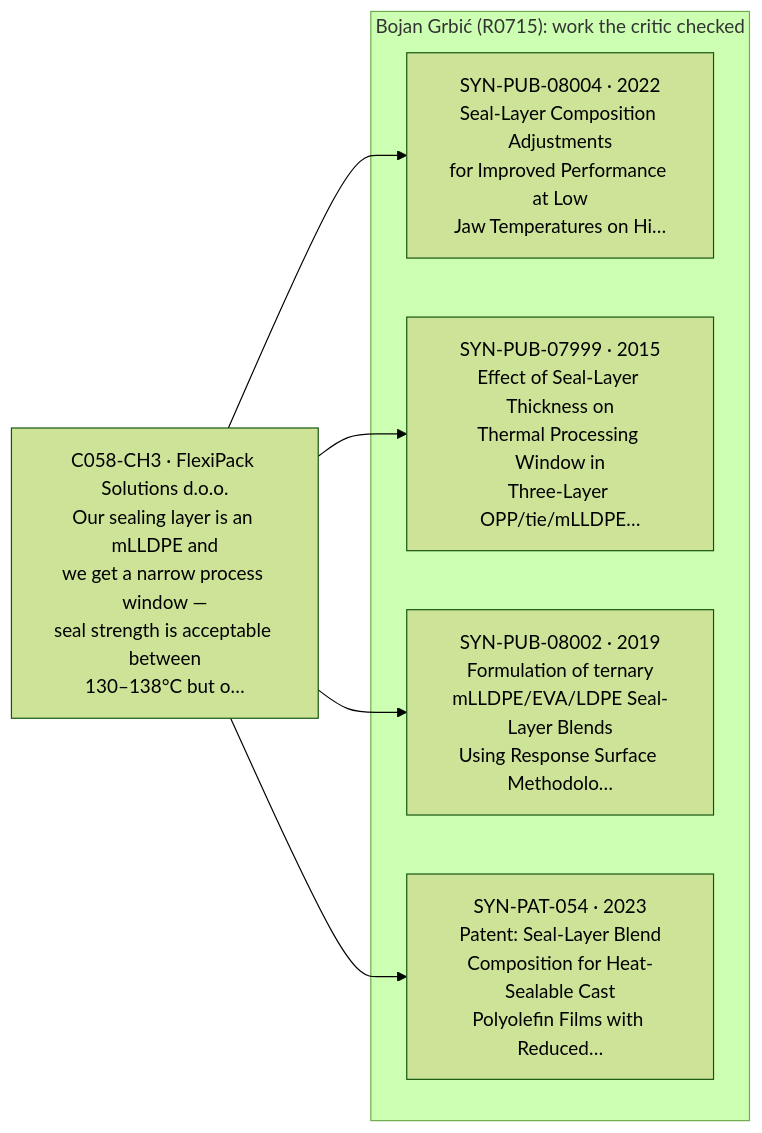
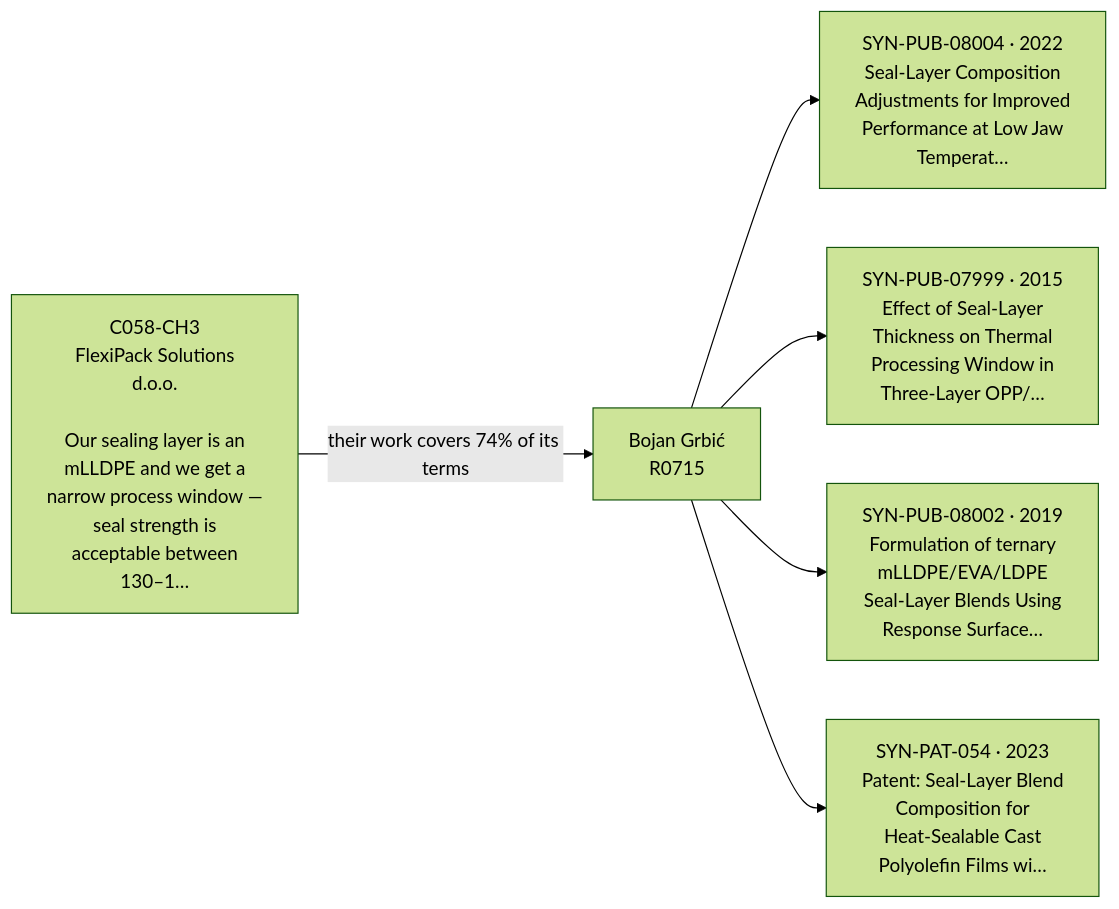
The first of 3 diagrams in runs/2026-10-31-full/proposals/04-C058-R0715.md (JannetEkka/spona), drawn with Mermaid (forest theme) before and after one commit. The commit also changed 12 other files, not shown here.

First line of the commit message:
Clearer evidence chart, both models in the diagram, submission screenshots

````diff
--- a/runs/2026-10-31-full/proposals/04-C058-R0715.md
+++ b/runs/2026-10-31-full/proposals/04-C058-R0715.md
@@ -10,14 +10,14 @@
 ```mermaid
 flowchart LR
-    need["C058-CH3 · FlexiPack Solutions d.o.o.<br/>Our sealing layer is an mLLDPE and<br/>we get a narrow process window —<br/>seal strength is acceptable between<br/>130–138°C but o…"]
-    subgraph work["Bojan Grbić (R0715): work the critic checked"]
-        e1["SYN-PUB-08004 · 2022<br/>Seal-Layer Composition Adjustments<br/>for Improved Performance at Low<br/>Jaw Temperatures on Hi…"]
-        e2["SYN-PUB-07999 · 2015<br/>Effect of Seal-Layer Thickness on<br/>Thermal Processing Window in<br/>Three-Layer OPP/tie/mLLDPE…"]
-        e3["SYN-PUB-08002 · 2019<br/>Formulation of ternary<br/>mLLDPE/EVA/LDPE Seal-Layer Blends<br/>Using Response Surface Methodolo…"]
-        e4["SYN-PAT-054 · 2023<br/>Patent: Seal-Layer Blend<br/>Composition for Heat-Sealable Cast<br/>Polyolefin Films with Reduced…"]
-    end
-    need --> e1
-    need --> e2
-    need --> e3
-    need --> e4
+    need["C058-CH3<br/>FlexiPack Solutions<br/>d.o.o.<br/><br/>Our sealing layer is an<br/>mLLDPE and we get a<br/>narrow process window —<br/>seal strength is<br/>acceptable between<br/>130–1…"]
+    who["Bojan Grbić<br/>R0715"]
+    e1["SYN-PUB-08004 · 2022<br/>Seal-Layer Composition<br/>Adjustments for Improved<br/>Performance at Low Jaw<br/>Temperat…"]
+    e2["SYN-PUB-07999 · 2015<br/>Effect of Seal-Layer<br/>Thickness on Thermal<br/>Processing Window in<br/>Three-Layer OPP/…"]
+    e3["SYN-PUB-08002 · 2019<br/>Formulation of ternary<br/>mLLDPE/EVA/LDPE<br/>Seal-Layer Blends Using<br/>Response Surface…"]
+    e4["SYN-PAT-054 · 2023<br/>Patent: Seal-Layer Blend<br/>Composition for<br/>Heat-Sealable Cast<br/>Polyolefin Films wi…"]
+    need -->|"their work covers 74% of its terms"| who
+    who --> e1
+    who --> e2
+    who --> e3
+    who --> e4
 ```
````
